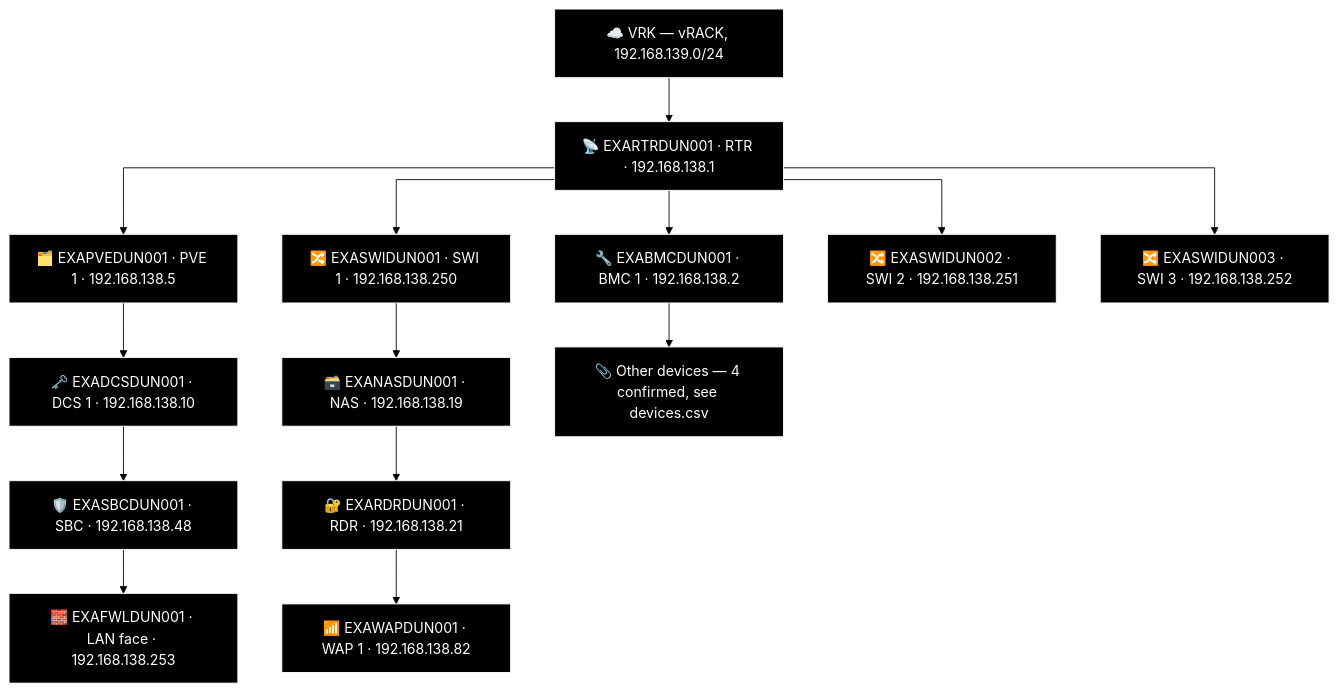
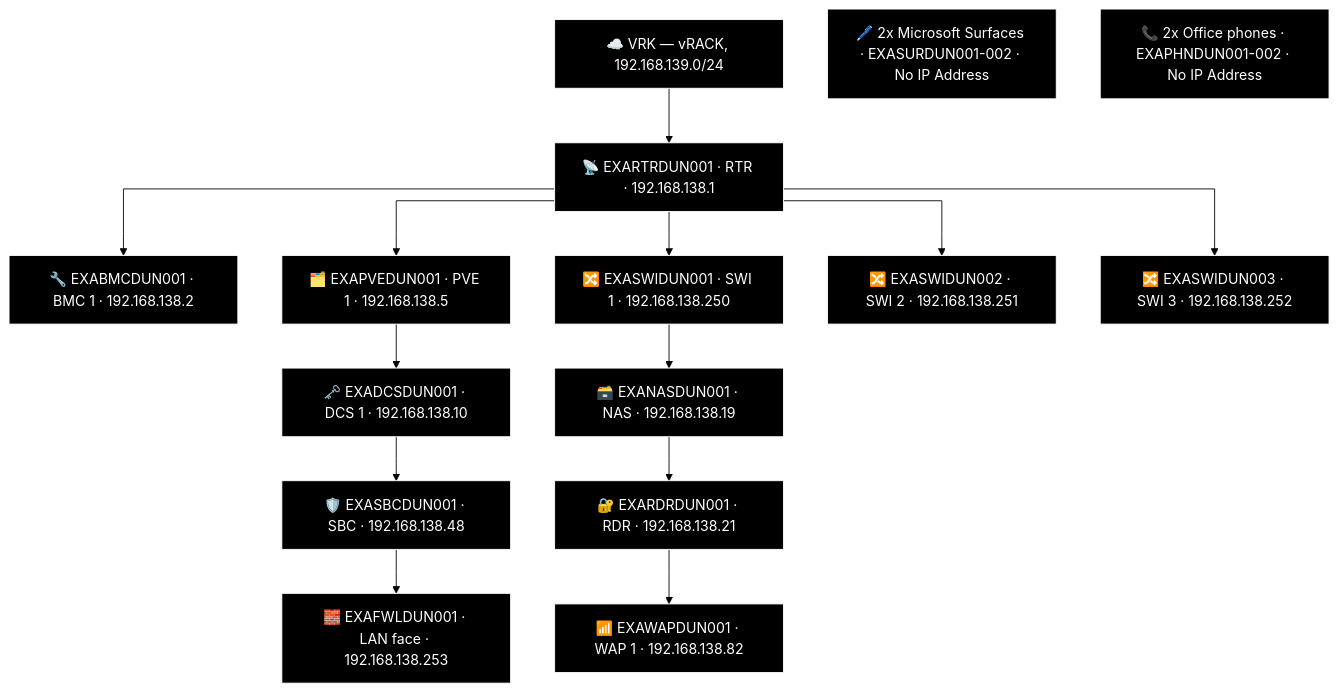
The tenth of 14 diagrams in docs/network-diagram/scotland.md (knightmare2600/example_music_infra), drawn with Mermaid (forest theme) before and after one commit. The commit also changed other lines of this file and 8 other files, not shown here.

First line of the commit message:
generate_network_diagrams.py: port FAL's two-column "Other" bucket into the generator

````diff
--- a/docs/network-diagram/scotland.md
+++ b/docs/network-diagram/scotland.md
@@ -489,43 +509,44 @@
 ```mermaid
 %% GENERATED:TOPOLOGY:DUN:START
 %%{init: {'flowchart': {'curve': 'stepAfter'}}}%%
 graph TD
     T_VRK["☁️ VRK — vRACK, 192.168.139.0/24"]
     T_RTR["📡 EXARTRDUN001 · RTR · 192.168.138.1"]
     T_VRK --> T_RTR
     T_BMC["🔧 EXABMCDUN001 · BMC 1 · 192.168.138.2"]
     T_RTR --> T_BMC
     T_PVE["🗂️ EXAPVEDUN001 · PVE 1 · 192.168.138.5"]
     T_RTR --> T_PVE
     T_SWI["🔀 EXASWIDUN001 · SWI 1 · 192.168.138.250"]
     T_RTR --> T_SWI
     T_SWI2["🔀 EXASWIDUN002 · SWI 2 · 192.168.138.251"]
     T_RTR --> T_SWI2
     T_SWI3["🔀 EXASWIDUN003 · SWI 3 · 192.168.138.252"]
     T_RTR --> T_SWI3
     T_NAS["🗃️ EXANASDUN001 · NAS · 192.168.138.19"]
     T_RDR["🔐 EXARDRDUN001 · RDR · 192.168.138.21"]
     T_WAP["📶 EXAWAPDUN001 · WAP 1 · 192.168.138.82"]
     T_SWI --> T_NAS --> T_RDR --> T_WAP
     T_DCS["🗝️ EXADCSDUN001 · DCS 1 · 192.168.138.10"]
     T_SBC["🛡️ EXASBCDUN001 · SBC · 192.168.138.48"]
     T_FWL["🧱 EXAFWLDUN001 · LAN face · 192.168.138.253"]
     T_PVE --> T_DCS --> T_SBC --> T_FWL
-    T_OTHER["📎 Other devices — 4 confirmed, see devices.csv"]
-    T_BMC --> T_OTHER
+    T_OTH_SUR["🖊️ 2x Microsoft Surfaces · EXASURDUN001-002 · No IP Address"]
+    T_OTH_PHN["📞 2x Office phones · EXAPHNDUN001-002 · No IP Address"]
     style T_VRK fill:#000000,stroke:#FFFFFF,color:#FFFFFF
     style T_RTR fill:#000000,stroke:#FFFFFF,color:#FFFFFF
     style T_BMC fill:#000000,stroke:#FFFFFF,color:#FFFFFF
     style T_PVE fill:#000000,stroke:#FFFFFF,color:#FFFFFF
     style T_SWI fill:#000000,stroke:#FFFFFF,color:#FFFFFF
     style T_SWI2 fill:#000000,stroke:#FFFFFF,color:#FFFFFF
     style T_SWI3 fill:#000000,stroke:#FFFFFF,color:#FFFFFF
     style T_NAS fill:#000000,stroke:#FFFFFF,color:#FFFFFF
     style T_RDR fill:#000000,stroke:#FFFFFF,color:#FFFFFF
     style T_WAP fill:#000000,stroke:#FFFFFF,color:#FFFFFF
     style T_DCS fill:#000000,stroke:#FFFFFF,color:#FFFFFF
     style T_SBC fill:#000000,stroke:#FFFFFF,color:#FFFFFF
     style T_FWL fill:#000000,stroke:#FFFFFF,color:#FFFFFF
-    style T_OTHER fill:#000000,stroke:#FFFFFF,color:#FFFFFF
+    style T_OTH_SUR fill:#000000,stroke:#FFFFFF,color:#FFFFFF
+    style T_OTH_PHN fill:#000000,stroke:#FFFFFF,color:#FFFFFF
 %% GENERATED:TOPOLOGY:DUN:END
 ```
````
